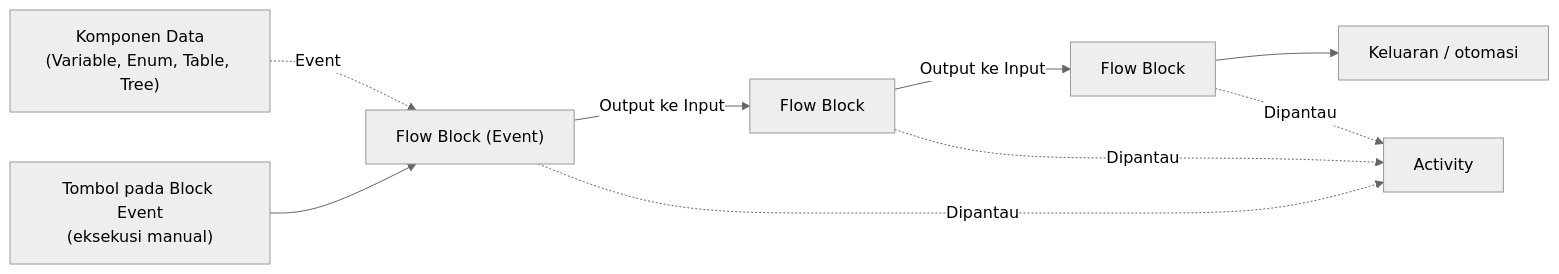
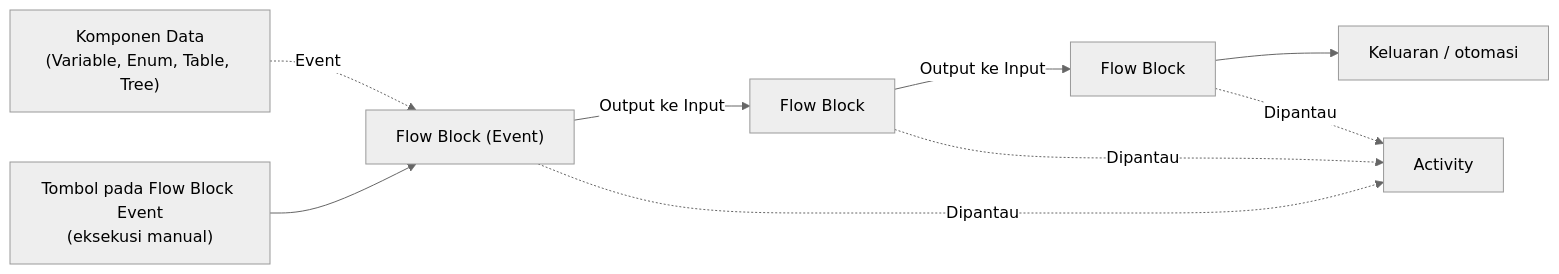
One commit to ginalne/phoenix-docs changed the first of 2 diagrams in Docs/Modul Logic/Flow/Apa itu Flow.md. Above: the diagram before and after it, drawn with Mermaid (neutral theme). The commit also changed other lines of this file and 2 other files, not shown here.

````diff
--- a/Docs/Modul Logic/Flow/Apa itu Flow.md
+++ b/Docs/Modul Logic/Flow/Apa itu Flow.md
@@ -37,11 +38,11 @@
 ```mermaid
 flowchart LR
     Komponen["Komponen Data<br/>(Variable, Enum, Table, Tree)"] -.->|Event| BE["Flow Block (Event)"]
-    Manual["Tombol pada Block Event<br/>(eksekusi manual)"] --> BE
+    Manual["Tombol pada Flow Block Event<br/>(eksekusi manual)"] --> BE
     BE -->|Output ke Input| B1["Flow Block"]
     B1 -->|Output ke Input| B2["Flow Block"]
     B2 --> Hasil["Keluaran / otomasi"]
     BE -.->|Dipantau| Act["Activity"]
     B1 -.->|Dipantau| Act
     B2 -.->|Dipantau| Act
 ```
````
